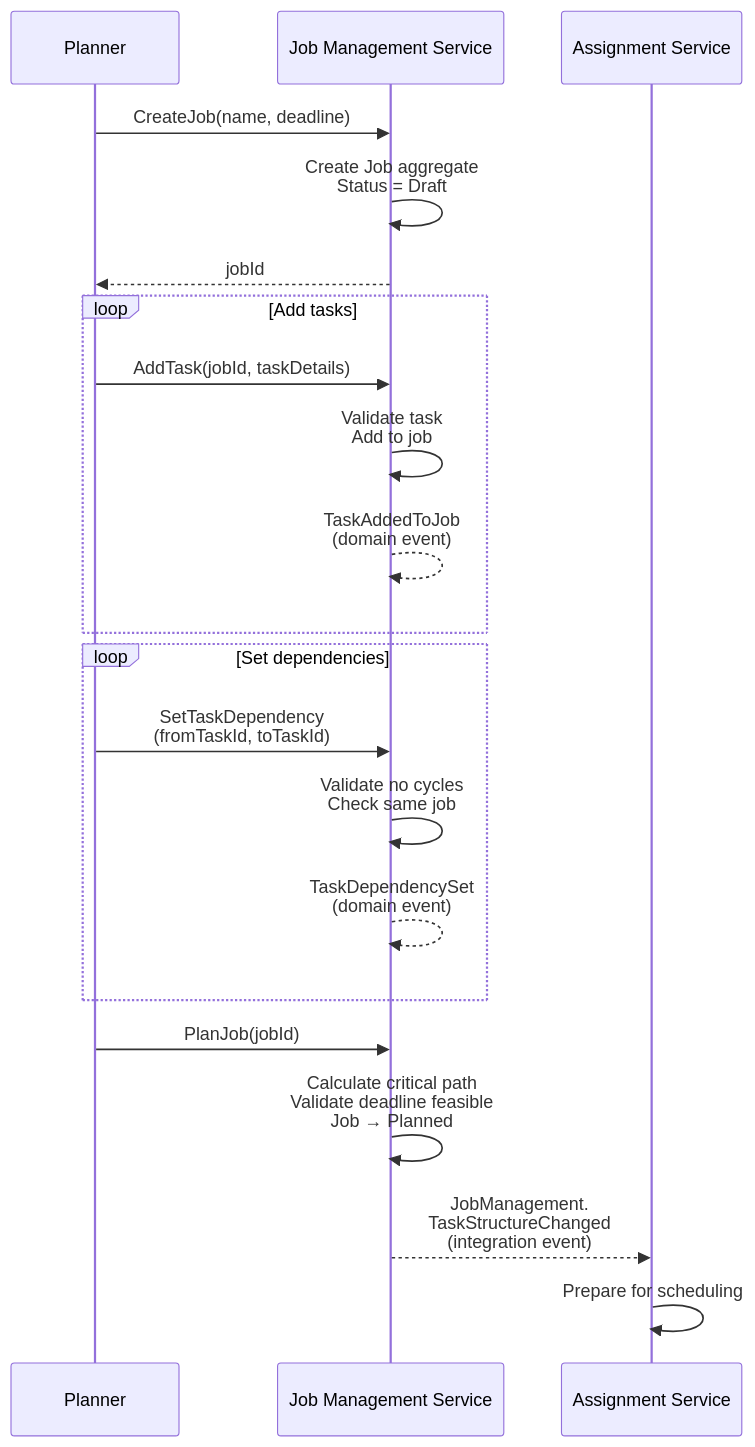
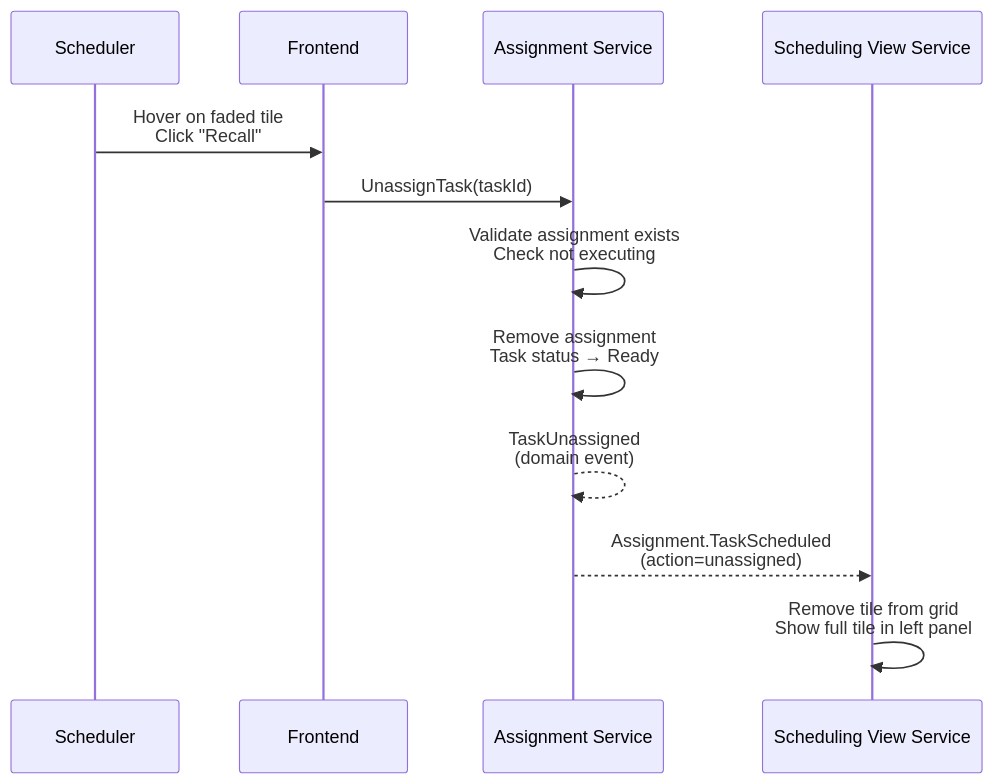
The fifth of 8 diagrams in docs/architecture/sequence-design.md (ikadar/ewlin), drawn with Mermaid before and after one commit. The commit also changed other lines of this file and 3 other files, not shown here.

````diff
--- a/docs/architecture/sequence-design.md
+++ b/docs/architecture/sequence-design.md
@@ -220,27 +295,15 @@
 ```mermaid
 sequenceDiagram
-    participant Planner
-    participant Job as Job Management Service
+    participant Scheduler
+    participant Frontend
     participant Assignment as Assignment Service
+    participant View as Scheduling View Service
 
-    Planner->>Job: CreateJob(name, deadline)
-    Job->>Job: Create Job aggregate<br>Status = Draft
-    Job-->>Planner: jobId
-
-    loop Add tasks
-        Planner->>Job: AddTask(jobId, taskDetails)
-        Job->>Job: Validate task<br>Add to job
-        Job-->>Job: TaskAddedToJob<br>(domain event)
-    end
-
-    loop Set dependencies
-        Planner->>Job: SetTaskDependency<br>(fromTaskId, toTaskId)
-        Job->>Job: Validate no cycles<br>Check same job
-        Job-->>Job: TaskDependencySet<br>(domain event)
-    end
-
-    Planner->>Job: PlanJob(jobId)
-    Job->>Job: Calculate critical path<br>Validate deadline feasible<br>Job → Planned
-    Job-->>Assignment: JobManagement.<br>TaskStructureChanged<br>(integration event)
-    Assignment->>Assignment: Prepare for scheduling
+    Scheduler->>Frontend: Hover on faded tile<br>Click "Recall"
+    Frontend->>Assignment: UnassignTask(taskId)
+    Assignment->>Assignment: Validate assignment exists<br>Check not executing
+    Assignment->>Assignment: Remove assignment<br>Task status → Ready
+    Assignment-->>Assignment: TaskUnassigned<br>(domain event)
+    Assignment-->>View: Assignment.TaskScheduled<br>(action=unassigned)
+    View->>View: Remove tile from grid<br>Show full tile in left panel
 ```
````
